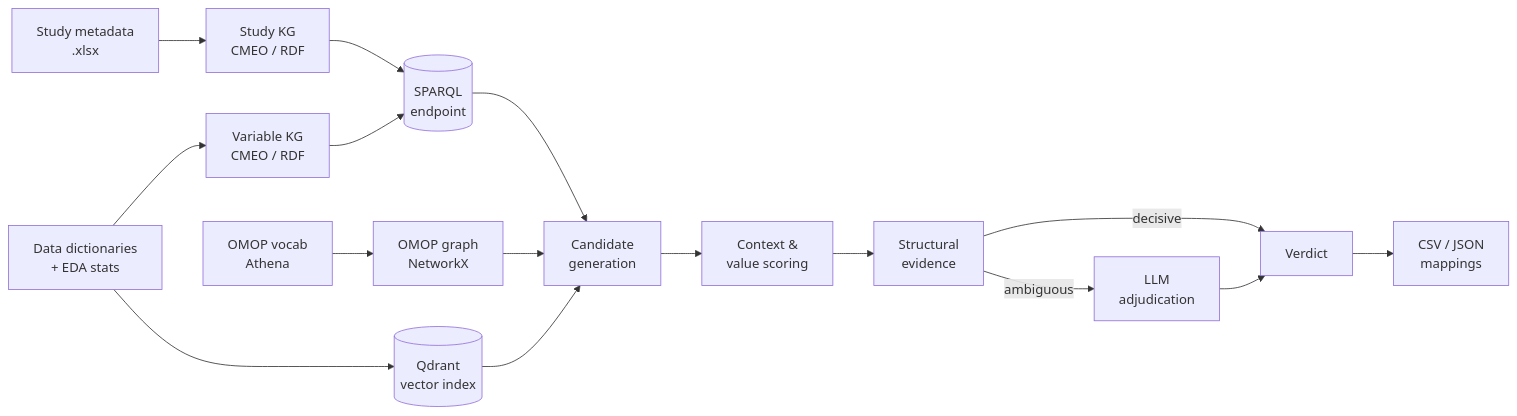
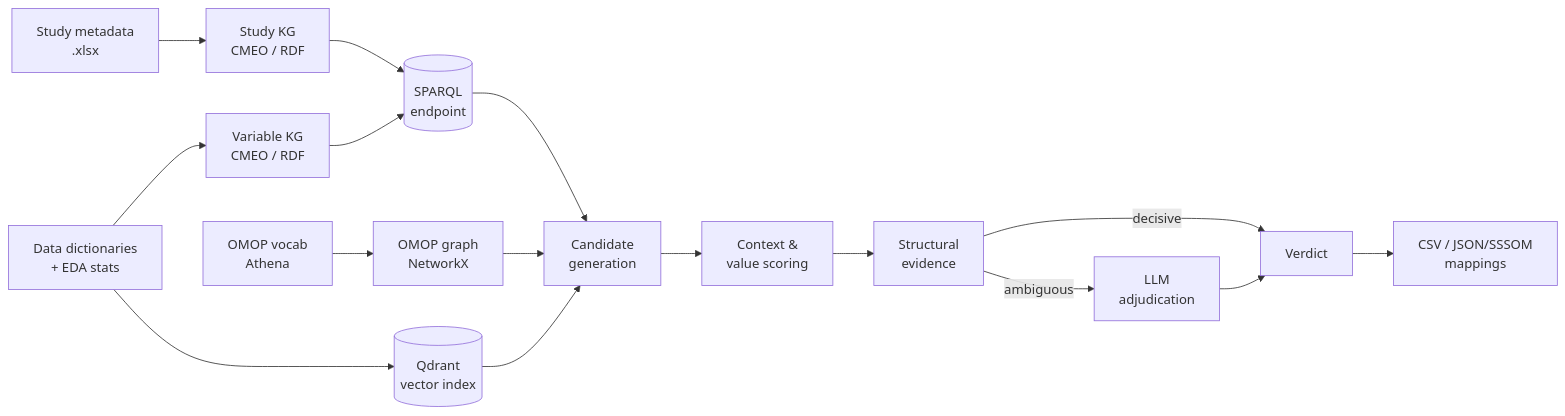
Before and after one commit to komi786/cohortvarMatcher: the diagram in README.md, drawn with Mermaid.

Commit message:
Update mappings in README to include SSSOM

````diff
--- a/README.md
+++ b/README.md
@@ -58,19 +58,19 @@
 ```mermaid
 flowchart LR
     A[Study metadata<br/>.xlsx] --> B[Study KG<br/>CMEO / RDF]
     C[Data dictionaries<br/>+ EDA stats] --> D[Variable KG<br/>CMEO / RDF]
     D --> E[(SPARQL<br/>endpoint)]
     B --> E
     C --> F[(Qdrant<br/>vector index)]
     G[OMOP vocab<br/>Athena] --> H[OMOP graph<br/>NetworkX]
 
     E --> I[Candidate<br/>generation]
     F --> I
     H --> I
     I --> J[Context &<br/>value scoring]
     J --> K[Structural<br/>evidence]
     K -->|decisive| M[Verdict]
     K -->|ambiguous| L[LLM<br/>adjudication]
     L --> M
-    M --> N[CSV / JSON<br/>mappings]
+    M --> N[CSV / JSON/SSSOM<br/>mappings]
 ```
````
